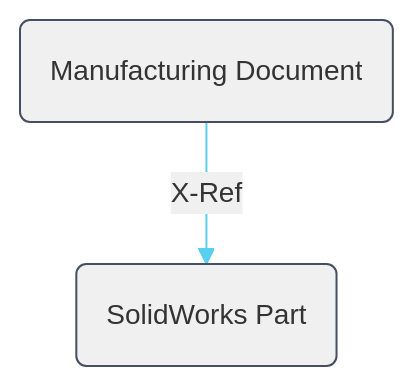
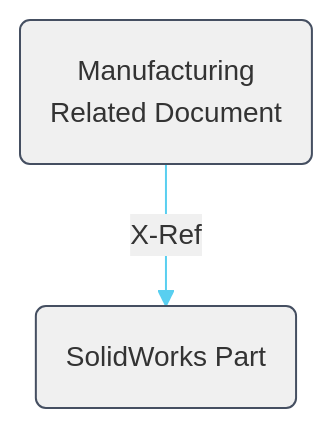
The second of 4 diagrams in README.md (schneik80/Fusion-Create-Discipline-Document), drawn with Mermaid before and after one commit. The commit also changed other lines of this file and 1 other file, not shown here.

````diff
--- a/README.md
+++ b/README.md
@@ -47,22 +46,22 @@
 ```mermaid
 %%{
 init: {
 'theme':'base',
 'themeVariables': {
 'primaryColor': '#f0f0f0',
 'primaryBorderColor': '#454F61',
 'lineColor': '#59cff0',
 'tertiaryColor': '#e1ecf5',
 'fontSize': '14px'
 }
 }
 }%%
 
 graph TD
 
 A(SolidWorks Part)
-B(Manufacturing Document)
+B(Manufacturing\n Related Document)
 
 B --"X-Ref"--> A
 
 ```
````
